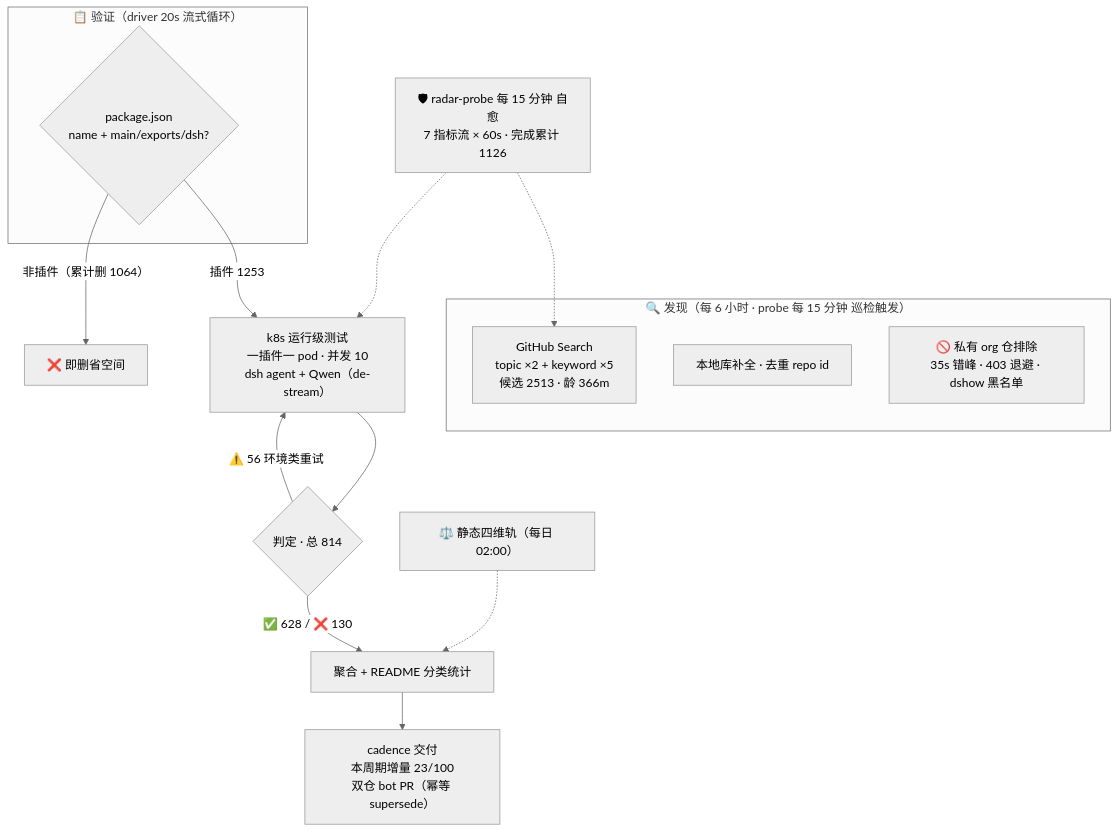
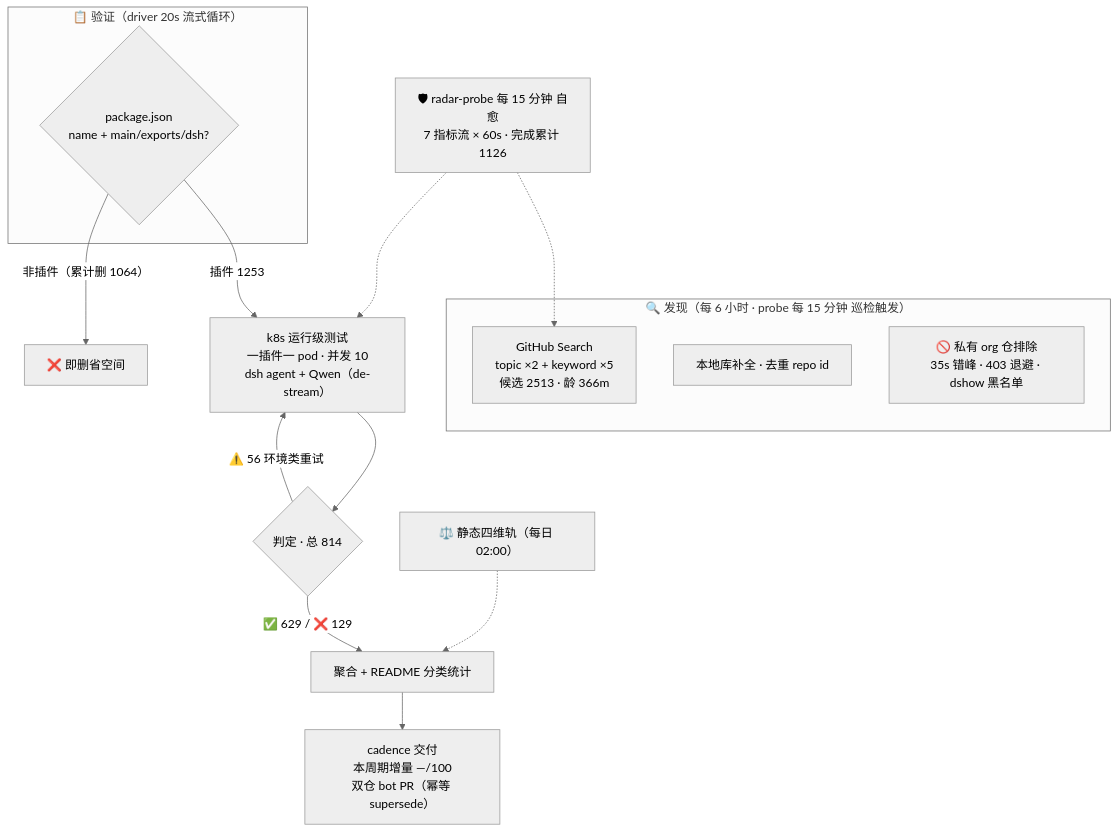
Before and after one commit to Zhidao-Lab-OSS/awesome-dsh-plugins: the diagram in README.md, drawn with Mermaid (neutral theme). The commit also changed other lines of this file and 1 other file, not shown here.

Commit message:
readme-render: 渲染自快照 20260815T071537Z（自托管 Bot B · merge 门控）

````diff
--- a/README.md
+++ b/README.md
@@ -30,20 +30,20 @@
 ```mermaid
 flowchart TB
     subgraph Discovery["🔍 发现（每 6 小时 · probe 每 15 分钟 巡检触发）"]
         A1["GitHub Search<br/>topic ×2 + keyword ×5<br/>候选 2513 · 龄 366m"]
         A2["本地库补全 · 去重 repo id"]
         A3["🚫 私有 org 仓排除<br/>35s 错峰 · 403 退避 · dshow 黑名单"]
     end
     subgraph Validation["📋 验证（driver 20s 流式循环）"]
         B1{"package.json<br/>name + main/exports/dsh?"}
     end
     B1 -->|"插件 1253"| C1["k8s 运行级测试<br/>一插件一 pod · 并发 10<br/>dsh agent + Qwen（de-stream）"]
     B1 -->|"非插件（累计删 1064）"| B3["❌ 即删省空间"]
     C1 --> D1{"判定 · 总 814"}
-    D1 -->|"✅ 628 / ❌ 130"| E1["聚合 + README 分类统计"]
+    D1 -->|"✅ 629 / ❌ 129"| E1["聚合 + README 分类统计"]
     D1 -->|"⚠️ 56 环境类重试"| C1
-    E1 --> E2["cadence 交付<br/>本周期增量 23/100<br/>双仓 bot PR（幂等 supersede）"]
+    E1 --> E2["cadence 交付<br/>本周期增量 —/100<br/>双仓 bot PR（幂等 supersede）"]
     S["⚖️ 静态四维轨（每日 02:00）"] -.-> E1
     M["🛡 radar-probe 每 15 分钟 自愈<br/>7 指标流 × 60s · 完成累计 1126"] -.-> A1
     M -.-> C1
 ```
````
